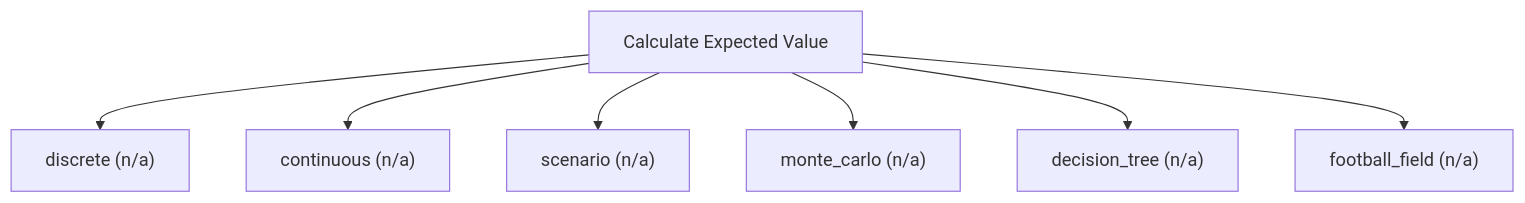
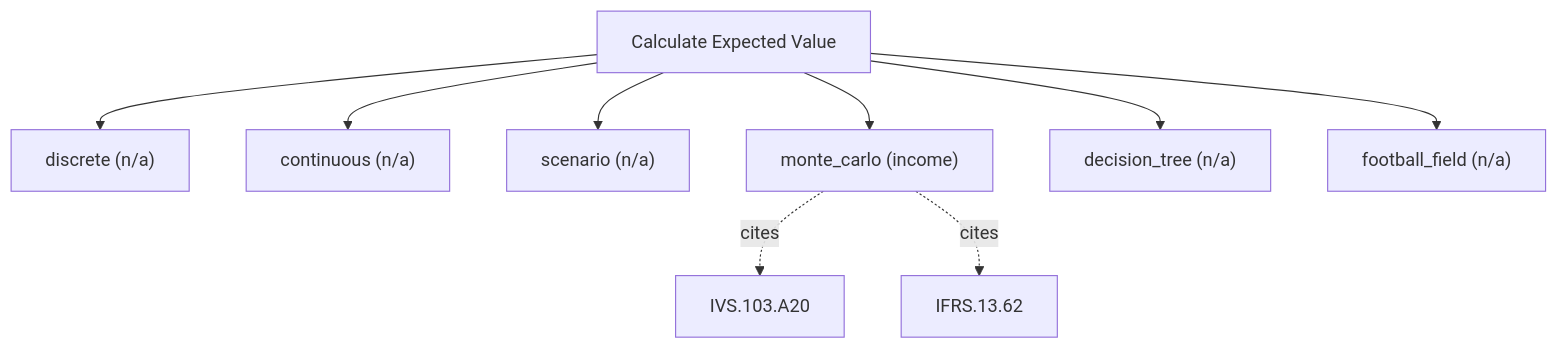
Before and after one commit to simonmak-ascent/fair-value: the diagram in docs/methods/calculate_expected_value.md, drawn with Mermaid. The commit also changed other lines of this file and 8 other files, not shown here.

First line of the commit message:
feat(expected-value): seeded Monte-Carlo returns a real distribution

````diff
--- a/docs/methods/calculate_expected_value.md
+++ b/docs/methods/calculate_expected_value.md
@@ -5,10 +5,12 @@
 ```mermaid
 flowchart TD
   T[Calculate Expected Value]
   T --> calculate_expected_value_discrete["discrete (n/a)"]
   T --> calculate_expected_value_continuous["continuous (n/a)"]
   T --> calculate_expected_value_scenario["scenario (n/a)"]
-  T --> calculate_expected_value_monte_carlo["monte_carlo (n/a)"]
+  T --> calculate_expected_value_monte_carlo["monte_carlo (income)"]
+  calculate_expected_value_monte_carlo -. cites .-> IVS_103_A20[IVS.103.A20]
+  calculate_expected_value_monte_carlo -. cites .-> IFRS_13_62[IFRS.13.62]
   T --> calculate_expected_value_decision_tree["decision_tree (n/a)"]
   T --> calculate_expected_value_football_field["football_field (n/a)"]
 ```
````
